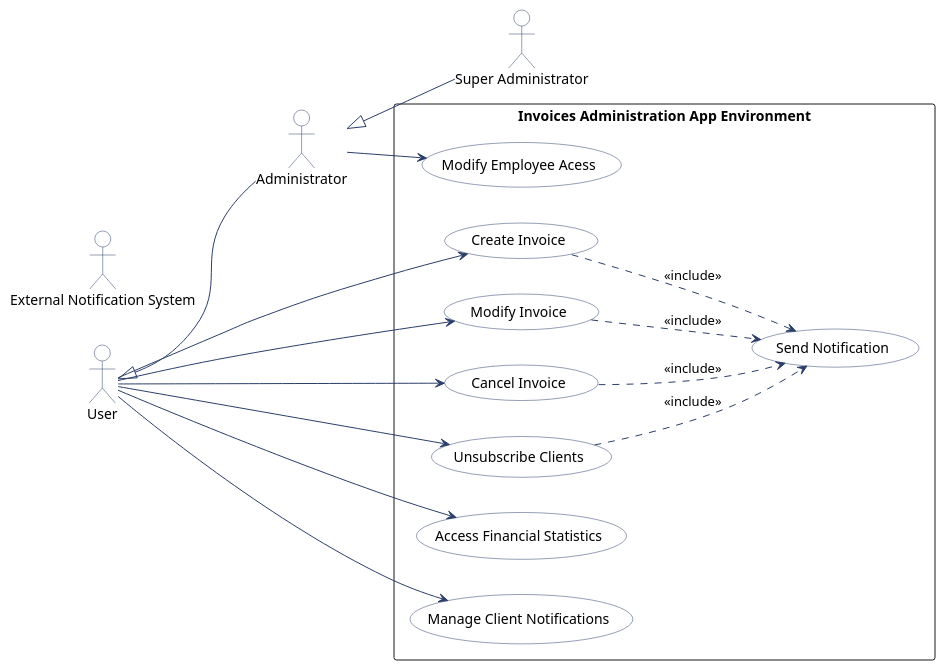
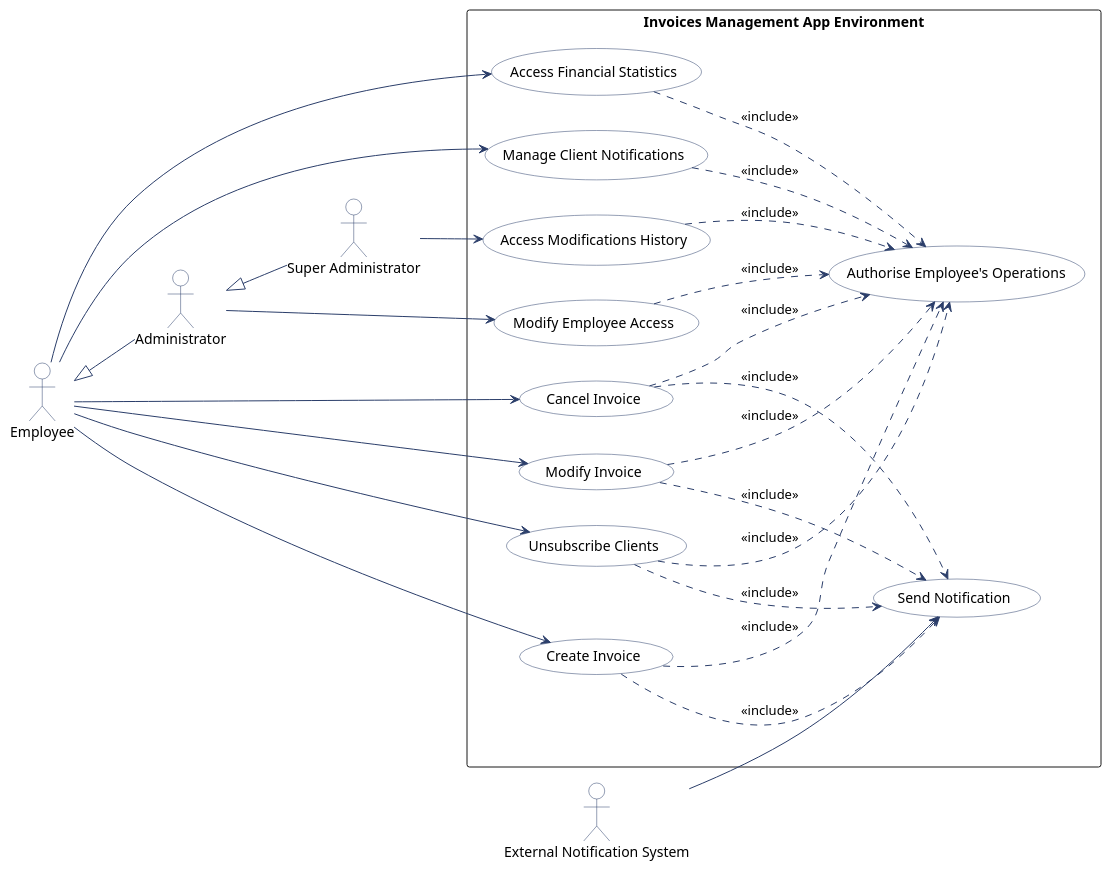
Before and after one commit to Navas05/ADA---Group-Project: the diagram in use_case_diagram.pu, drawn with PlantUML.

```diff
--- a/use_case_diagram.pu
+++ b/use_case_diagram.pu
@@ -1,75 +1,94 @@
 @startuml
 left to right direction
 
 ' Global settings
 skinparam shadowing false
 skinparam packageStyle rectangle
 
 ' Use Case styling
 skinparam usecase {
     BackgroundColor #FFFFFF
     BorderColor #2B3E6A
     FontColor #000000
 }
 
 ' Actor styling
 skinparam actor {
     BackgroundColor #FFFFFF
     BorderColor #2B3E6A
     FontColor #000000
 }
 
 ' Note styling
 skinparam note {
     BackgroundColor #FDE2B8
     BorderColor #2B3E6A
     FontColor #000000
 }
 
 ' Arrow styling
 skinparam arrow {
     Color #2B3E6A
 }
 
 '=== Actors ===
 ' Define your actors here (e.g., actor "Customer" as cust)
-actor "User" as user
+actor "Employee" as employee
 actor "Administrator" as admin
 actor "Super Administrator" as super
 actor "External Notification System" as notification
 
 '=== System Boundary ===
-rectangle "Invoices Administration App Environment" {
+rectangle "Invoices Management App Environment" {
 
     '=== Use Cases ===
     ' Define your use cases here (e.g., usecase "Login" as UC1)
     usecase "Create Invoice" as UC1
     usecase "Modify Invoice" as UC2
     usecase "Cancel Invoice" as UC3
     usecase "Unsubscribe Clients" as UC4
     usecase "Access Financial Statistics" as UC5
     usecase "Manage Client Notifications" as UC6
-    usecase "Modify Employee Acess" as AC1
+
+    usecase "Modify Employee Access" as AC1
+
+    usecase "Access Modifications History" as SC1
+
     usecase "Send Notification" as NC1
+    
+    usecase "Authorise Employee's Operations" as AuC1
 }
 
 '=== Relationships ===
 ' Connect actors to use cases or use cases to each other here
-user --> UC1
-user --> UC2
-user --> UC3
-user --> UC4
-user --> UC5
-user --> UC6
+employee --> UC1
+employee --> UC2
+employee --> UC3
+employee --> UC4
+employee --> UC5
+employee --> UC6
 
 admin --> AC1
+
+super --> SC1
+
+notification --> NC1
+
+UC1 ..> AuC1 : <<include>>
+UC2 ..> AuC1 : <<include>>
+UC3 ..> AuC1 : <<include>>
+UC4 ..> AuC1 : <<include>>
+UC5 ..> AuC1 : <<include>>
+UC6 ..> AuC1 : <<include>>
+AC1 ..> AuC1 : <<include>>
+SC1 ..> AuC1 : <<include>>
 
 UC1 ..> NC1 : <<include>>
 UC2 ..> NC1 : <<include>>
 UC3 ..> NC1 : <<include>>
 UC4 ..> NC1 : <<include>>
 
-user <|-- admin
+employee <|-- admin
 admin <|-- super
 
 @enduml
```
